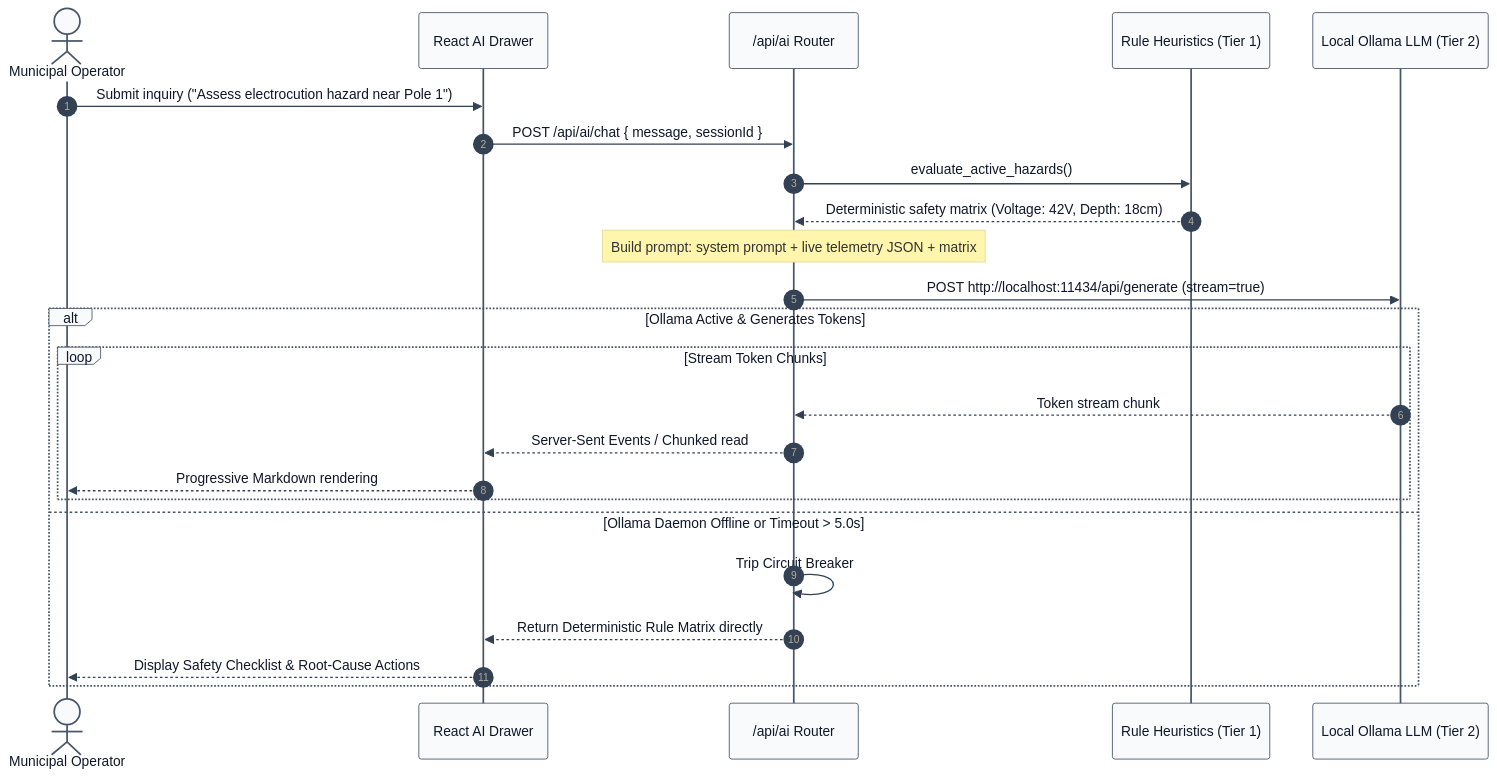
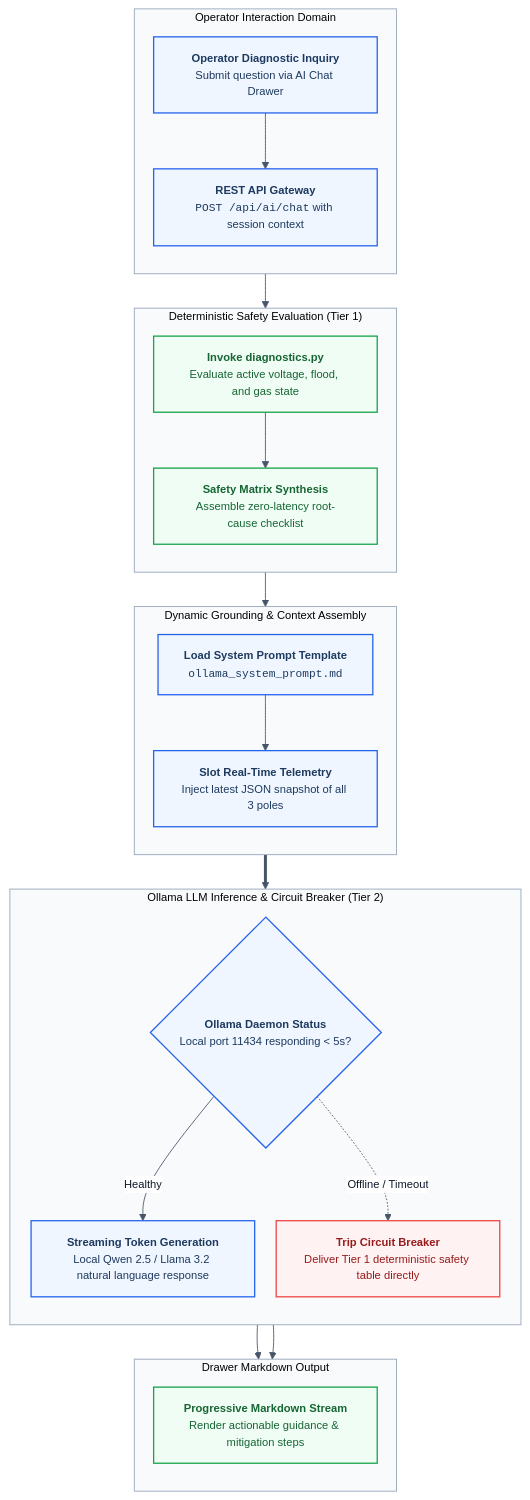
The second of 2 diagrams in docs/07_AI_DIAGNOSTICS_ENGINE.md (MadhavK3/niriksha), drawn with Mermaid before and after one commit. The commit also changed other lines of this file and 10 other files, not shown here.

Commit message:
docs: overhaul architecture diagrams to semantic monochromatic Mermaid flowcharts

````diff
--- a/docs/07_AI_DIAGNOSTICS_ENGINE.md
+++ b/docs/07_AI_DIAGNOSTICS_ENGINE.md
@@ -64,47 +72,71 @@
 ```mermaid
 %%{init: {
   "theme": "base",
   "themeVariables": {
     "fontFamily": "Inter, Segoe UI, sans-serif",
     "fontSize": "13px",
     "primaryColor": "#ffffff",
     "primaryBorderColor": "#64748b",
     "primaryTextColor": "#0f172a",
     "lineColor": "#475569",
-    "actorBkg": "#f8fafc",
-    "actorBorder": "#475569",
-    "actorTextColor": "#0f172a",
-    "signalColor": "#334155",
-    "signalTextColor": "#0f172a"
-  }
+    "clusterBkg": "#f8fafc",
+    "clusterBorder": "#94a3b8"
+  },
+  "flowchart": { "curve": "basis", "htmlLabels": true, "nodeSpacing": 25, "rankSpacing": 40 }
 } }%%
-sequenceDiagram
-    autonumber
-    actor Op as Municipal Operator
-    participant UI as React AI Drawer
-    participant Router as /api/ai Router
-    participant Diag as Rule Heuristics (Tier 1)
-    participant Ollama as Local Ollama LLM (Tier 2)
+flowchart TB
+    subgraph QUERY_INTENT["Operator Interaction Domain"]
+        direction TB
+        Q1["<b>Operator Diagnostic Inquiry</b><br/>Submit question via AI Chat Drawer"]
+        Q2["<b>REST API Gateway</b><br/><code>POST /api/ai/chat</code> with session context"]
+        Q1 --> Q2
+    end
 
-    Op->>UI: Submit inquiry ("Assess electrocution hazard near Pole 1")
-    UI->>Router: POST /api/ai/chat { message, sessionId }
-    
-    Router->>Diag: evaluate_active_hazards()
-    Diag-->>Router: Deterministic safety matrix (Voltage: 42V, Depth: 18cm)
-    
-    Note over Router: Build prompt: system prompt + live telemetry JSON + matrix
-    
-    Router->>Ollama: POST http://localhost:11434/api/generate (stream=true)
-    
-    alt Ollama Active & Generates Tokens
-        loop Stream Token Chunks
-            Ollama-->>Router: Token stream chunk
-            Router-->>UI: Server-Sent Events / Chunked read
-            UI-->>Op: Progressive Markdown rendering
-        end
-    else Ollama Daemon Offline or Timeout > 5.0s
-        Router->>Router: Trip Circuit Breaker
-        Router-->>UI: Return Deterministic Rule Matrix directly
-        UI-->>Op: Display Safety Checklist & Root-Cause Actions
+    subgraph HEURISTIC_EVAL["Deterministic Safety Evaluation (Tier 1)"]
+        direction TB
+        E1["<b>Invoke diagnostics.py</b><br/>Evaluate active voltage, flood, and gas state"]
+        E2["<b>Safety Matrix Synthesis</b><br/>Assemble zero-latency root-cause checklist"]
+        E1 --> E2
     end
+
+    QUERY_INTENT --> HEURISTIC_EVAL
+
+    subgraph PROMPT_ASSEMBLY["Dynamic Grounding &amp; Context Assembly"]
+        direction TB
+        P1["<b>Load System Prompt Template</b><br/><code>ollama_system_prompt.md</code>"]
+        P2["<b>Slot Real-Time Telemetry</b><br/>Inject latest JSON snapshot of all 3 poles"]
+        P1 --> P2
+    end
+
+    HEURISTIC_EVAL --> PROMPT_ASSEMBLY
+
+    subgraph INFERENCE_CIRCUIT["Ollama LLM Inference &amp; Circuit Breaker (Tier 2)"]
+        direction TB
+        C1{"<b>Ollama Daemon Status</b><br/>Local port 11434 responding &lt; 5s?"}
+        C2["<b>Streaming Token Generation</b><br/>Local Qwen 2.5 / Llama 3.2 natural language response"]
+        C3["<b>Trip Circuit Breaker</b><br/>Deliver Tier 1 deterministic safety table directly"]
+        C1 -->|"Healthy"| C2
+        C1 -.->|"Offline / Timeout"| C3
+    end
+
+    PROMPT_ASSEMBLY ==> INFERENCE_CIRCUIT
+
+    subgraph CLIENT_RENDER["Drawer Markdown Output"]
+        direction TB
+        O1["<b>Progressive Markdown Stream</b><br/>Render actionable guidance &amp; mitigation steps"]
+    end
+
+    C2 --> O1
+    C3 --> O1
+
+    classDef default fill:#ffffff,stroke:#64748b,stroke-width:1px,color:#0f172a;
+    classDef healthy fill:#f0fdf4,stroke:#16a34a,stroke-width:1.5px,color:#166534;
+    classDef active fill:#eff6ff,stroke:#2563eb,stroke-width:1.5px,color:#1e3a5f;
+    classDef warning fill:#fef3c7,stroke:#d97706,stroke-width:1.5px,color:#92400e;
+    classDef fallback fill:#fef2f2,stroke:#ef4444,stroke-width:1.5px,color:#991b1b;
+
+    class Q1,Q2,P1,P2 active;
+    class E1,E2,O1 healthy;
+    class C1,C2 active;
+    class C3 fallback;
 ```
````
